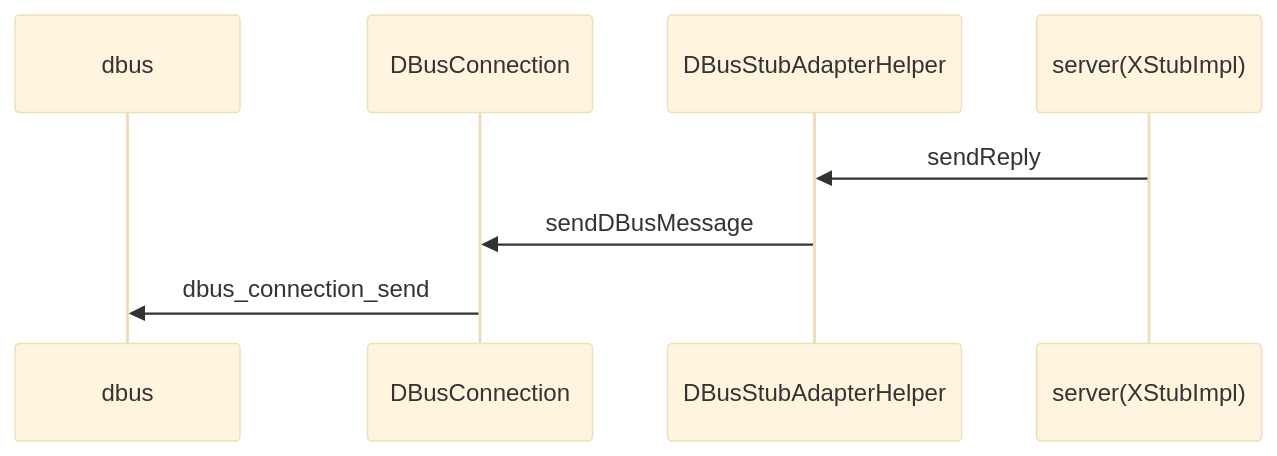
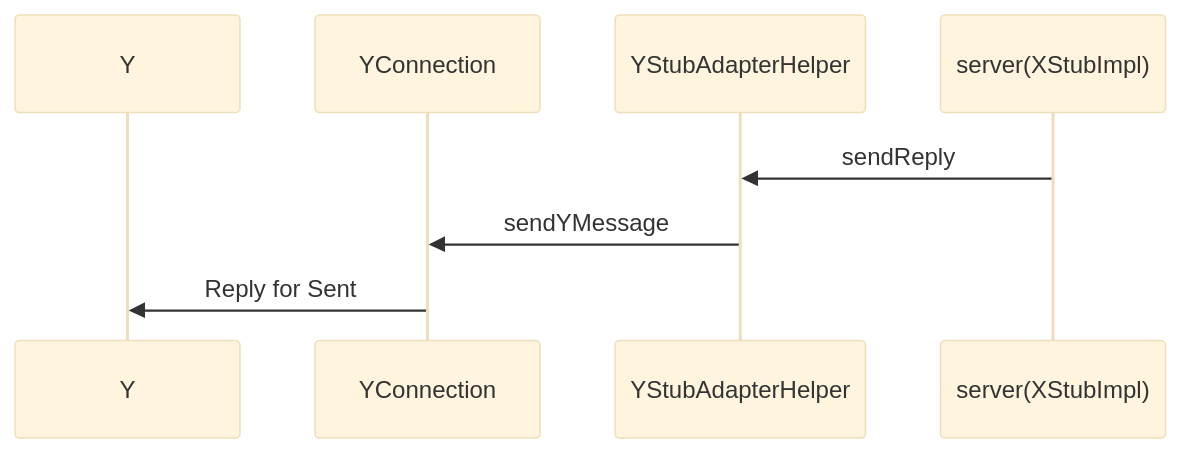
Before and after one commit to zeerd/zeerd.github.io: the eighth of 14 diagrams in _posts/2018-10-23-capicxx-example-helloworld.md, drawn with Mermaid (base theme). The commit also changed other lines of this file and 1 other file, not shown here.

````diff
--- a/_posts/2018-10-23-capicxx-example-helloworld.md
+++ b/_posts/2018-10-23-capicxx-example-helloworld.md
@@ -106,9 +157,9 @@
 ```mermaid
 sequenceDiagram
-participant dbus
-participant DBusConnection
-participant DBusStubAdapterHelper
-server(XStubImpl) ->> DBusStubAdapterHelper : sendReply
-DBusStubAdapterHelper ->> DBusConnection : sendDBusMessage
-DBusConnection ->> dbus : dbus_connection_send
+participant Y
+participant YConnection
+participant YStubAdapterHelper
+server(XStubImpl) ->> YStubAdapterHelper : sendReply
+YStubAdapterHelper ->> YConnection : sendYMessage
+YConnection ->> Y : Reply for Sent
 ```
````
